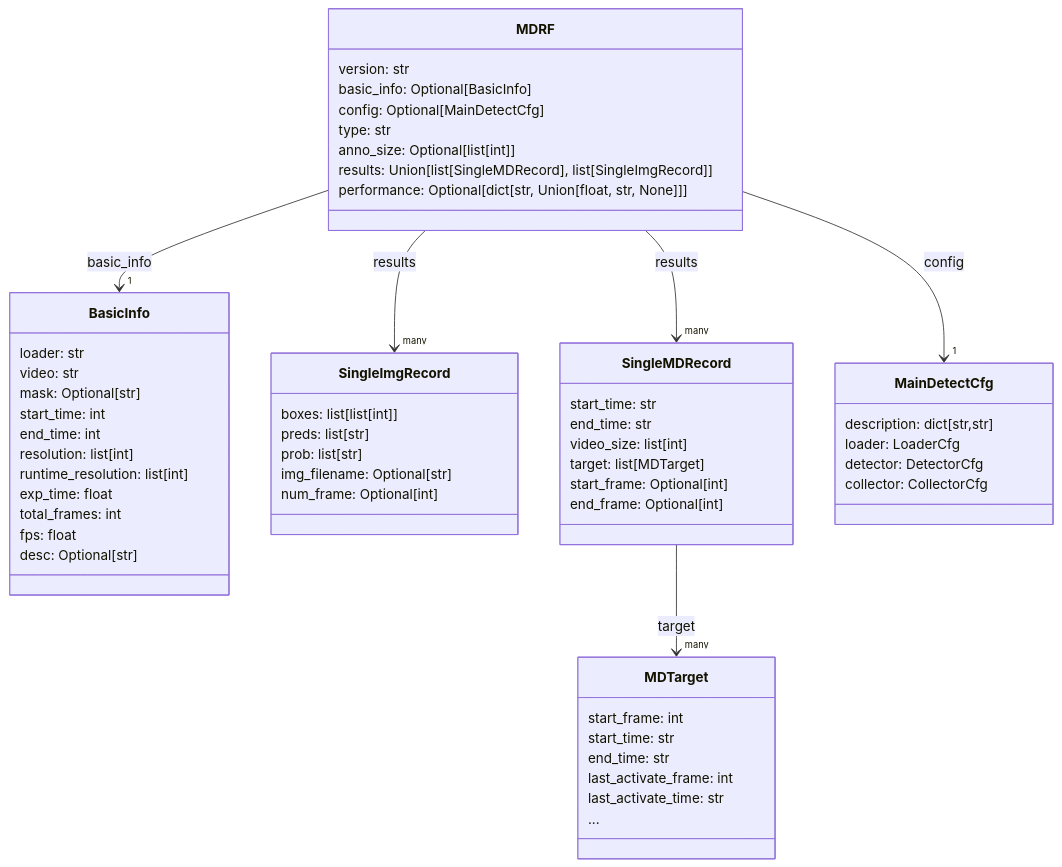
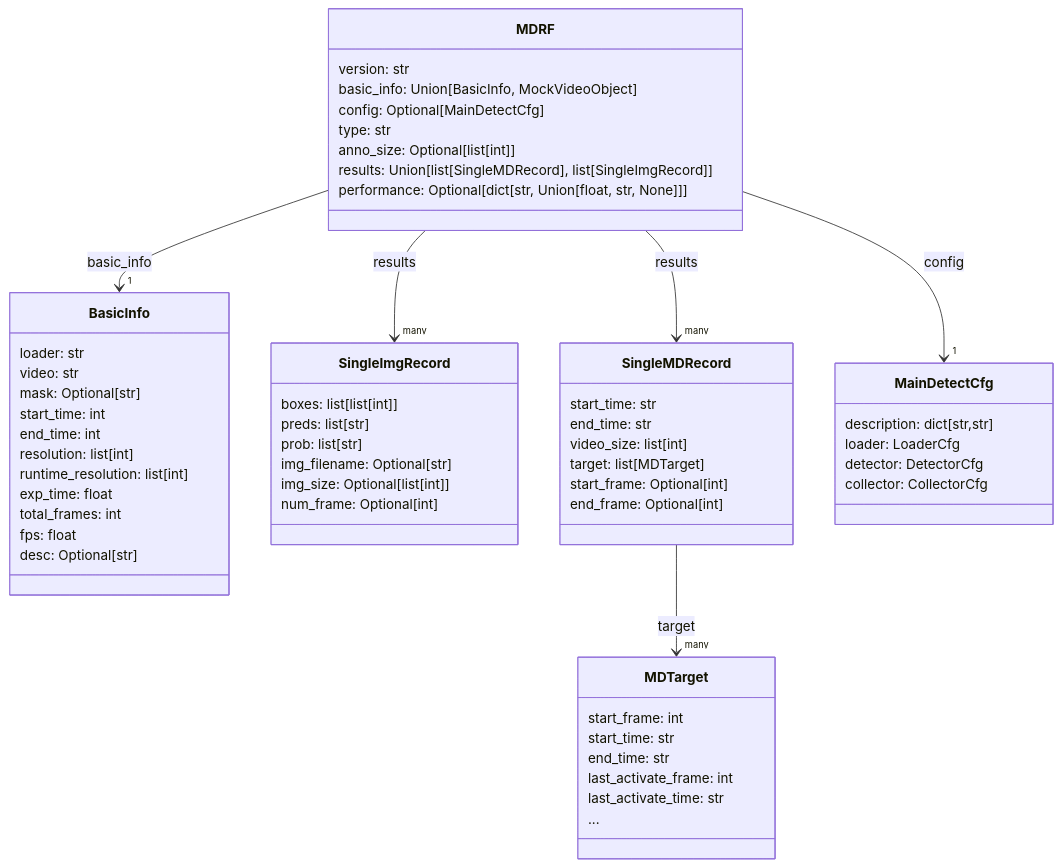
The diagram in docs/data-format-cn.md (LilacMeteorObservatory/MetDetPy), drawn with Mermaid before and after one commit. The commit also changed other lines of this file and 5 other files, not shown here.

````diff
--- a/docs/data-format-cn.md
+++ b/docs/data-format-cn.md
@@ -14,66 +14,67 @@
 ```mermaid
 classDiagram
 
 class MDRF {
     version: str
-    basic_info: Optional[BasicInfo]
+    basic_info: Union[BasicInfo, MockVideoObject]
     config: Optional[MainDetectCfg]
     type: str
     anno_size: Optional[list[int]]
     results: Union[list[SingleMDRecord], list[SingleImgRecord]]
     performance: Optional[dict[str, Union[float, str, None]]]
 }
 
 class BasicInfo {
     loader: str
     video: str
     mask: Optional[str]
     start_time: int
     end_time: int
     resolution: list[int]
     runtime_resolution: list[int]
     exp_time: float
     total_frames: int
     fps: float
     desc: Optional[str]
 }
 
 class MDTarget {
     start_frame: int
     start_time: str
     end_time: str
     last_activate_frame: int
     last_activate_time: str
     ...
 }
 
 class SingleImgRecord {
     boxes: list[list[int]]
     preds: list[str]
     prob: list[str]
     img_filename: Optional[str]
+    img_size: Optional[list[int]]
     num_frame: Optional[int]
 }
 
 class SingleMDRecord {
     start_time: str
     end_time: str
     video_size: list[int]
     target: list[MDTarget]
     start_frame: Optional[int]
     end_frame: Optional[int]
 }
 
 class MainDetectCfg {
     description: dict[str,str]
     loader: LoaderCfg
     detector: DetectorCfg
     collector: CollectorCfg
 }
 
 MDRF --> "1" BasicInfo : basic_info
 MDRF --> "1" MainDetectCfg: config
 MDRF --> "many" SingleMDRecord : results
 MDRF --> "many" SingleImgRecord : results
 SingleMDRecord --> "many" MDTarget: target
 ```
````
